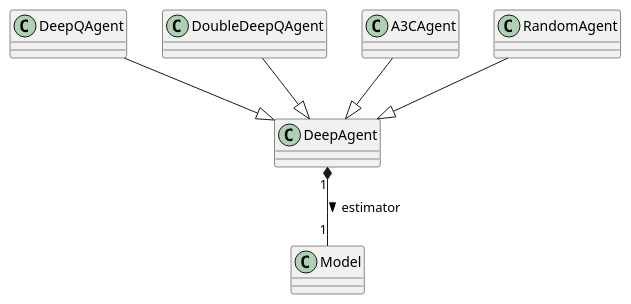
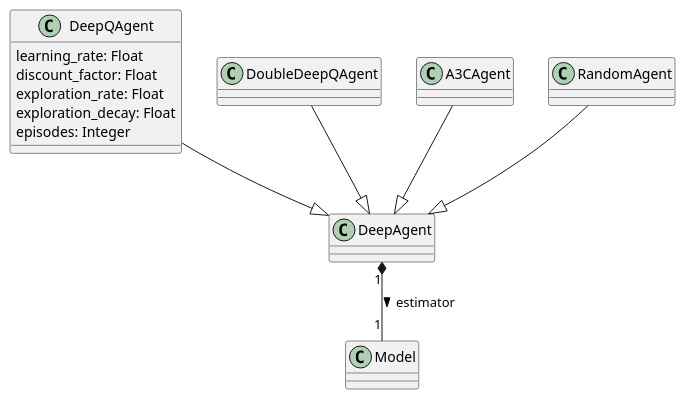
The diagram in UML/domain.puml (Kautenja/playing-mario-with-deep-reinforcement-learning), drawn with PlantUML before and after one commit. The commit also changed 1 other file, not shown here.

```diff
--- a/UML/domain.puml
+++ b/UML/domain.puml
@@ -1,32 +1,39 @@
 @startuml
 
 class Model {
 
 }
 
 class DeepAgent {
 
 }
 DeepAgent "1" *-- "1" Model: estimator >
 
 class DeepQAgent {
-
+    ' also known as alpha
+    learning_rate: Float
+    ' also known as gamma
+    discount_factor: Float
+    ' also known as epsilon
+    exploration_rate: Float
+    exploration_decay: Float
+    episodes: Integer
 }
 DeepQAgent --|> DeepAgent
 
 class DoubleDeepQAgent {
 
 }
 DoubleDeepQAgent --|> DeepAgent
 
 class A3CAgent {
 
 }
 A3CAgent --|> DeepAgent
 
 class RandomAgent {
 
 }
 RandomAgent --|> DeepAgent
 
 @enduml
```
